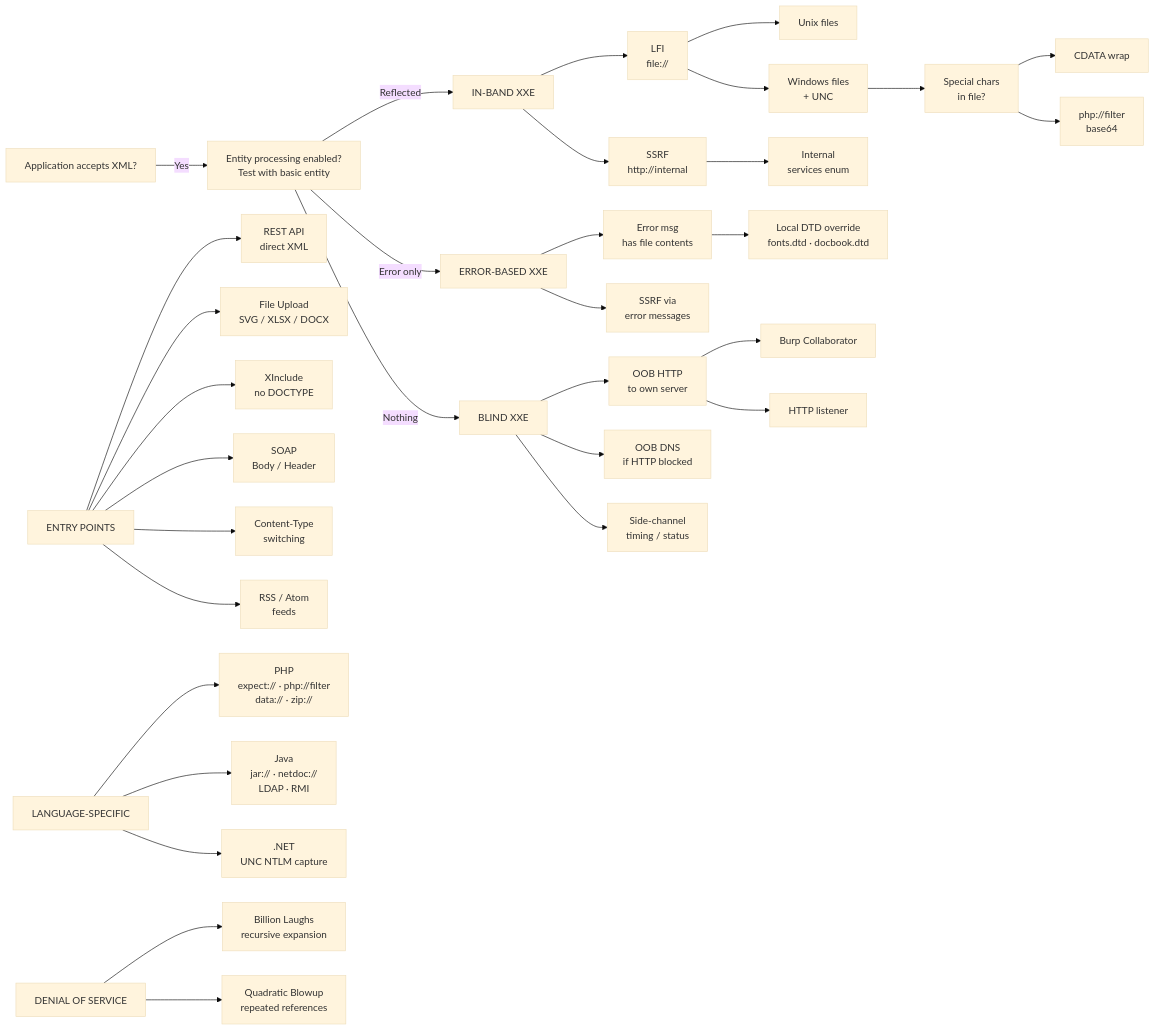
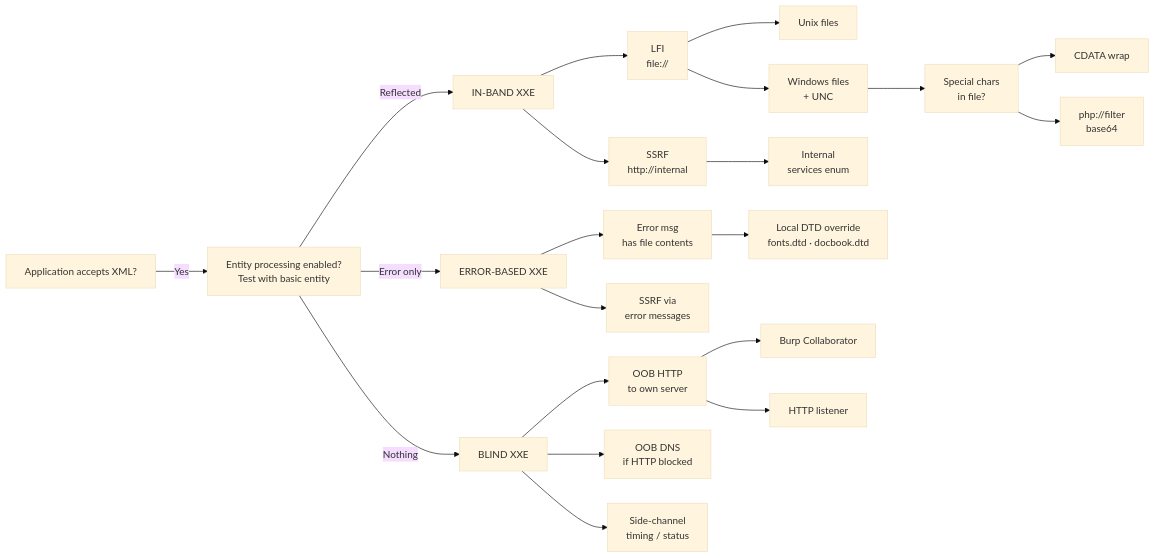
Before and after one commit to HansMolemanPNG/hansmolemanpng.github.io: the first of 4 diagrams in docs/kb/injection-attacks/xxe.md, drawn with Mermaid. The commit also changed other lines of this file, not shown here.

Commit message:
Split XXE mermaid diagram into 4 separate diagrams

````diff
--- a/docs/kb/injection-attacks/xxe.md
+++ b/docs/kb/injection-attacks/xxe.md
@@ -305,55 +307,29 @@
 ```mermaid
 %%{init: {'theme': 'base', 'flowchart': {'rankSpacing': 60, 'nodeSpacing': 40}}}%%
 graph LR
 
-    %% ROOT
     A[Application accepts XML?] -->|Yes| B[Entity processing enabled?\nTest with basic entity]
 
-    %% THREE BRANCHES
     B -->|Reflected| C[IN-BAND XXE]
     B -->|Error only| D[ERROR-BASED XXE]
     B -->|Nothing| E[BLIND XXE]
 
-    %% IN-BAND
     C --> F[LFI\nfile://]
     C --> G[SSRF\nhttp://internal]
     F --> F1[Unix files]
     F --> F2[Windows files\n+ UNC]
     F2 --> F3[Special chars\nin file?]
     F3 --> F4[CDATA wrap]
     F3 --> F5[php://filter\nbase64]
     G --> G1[Internal\nservices enum]
 
-    %% ERROR-BASED
     D --> D1[Error msg\nhas file contents]
     D1 --> D2[Local DTD override\nfonts.dtd · docbook.dtd]
     D --> D3[SSRF via\nerror messages]
 
-    %% BLIND
     E --> E1[OOB HTTP\nto own server]
     E --> E2[OOB DNS\nif HTTP blocked]
     E --> E3[Side-channel\ntiming / status]
     E1 --> E1a[Burp Collaborator]
     E1 --> E1b[HTTP listener]
-
-    %% ENTRY POINTS — independent block
-    EP[ENTRY POINTS]
-    EP --> EP1[REST API\ndirect XML]
-    EP --> EP2[File Upload\nSVG / XLSX / DOCX]
-    EP --> EP3[XInclude\nno DOCTYPE]
-    EP --> EP4[SOAP\nBody / Header]
-    EP --> EP5[Content-Type\nswitching]
-    EP --> EP6[RSS / Atom\nfeeds]
-
-    %% LANGUAGE-SPECIFIC — independent block
-    LS[LANGUAGE-SPECIFIC]
-    LS --> LS1[PHP\nexpect:// · php://filter\ndata:// · zip://]
-    LS --> LS2[Java\njar:// · netdoc://\nLDAP · RMI]
-    LS --> LS3[.NET\nUNC NTLM capture]
-
-    %% DoS — independent block
-    DOS[DENIAL OF SERVICE]
-    DOS --> DOS1[Billion Laughs\nrecursive expansion]
-    DOS --> DOS2[Quadratic Blowup\nrepeated references]
-
 ```
````
